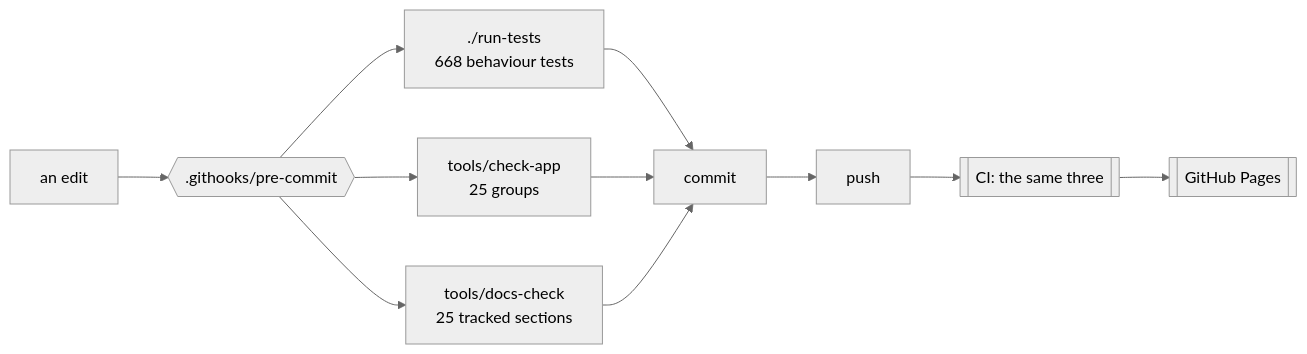
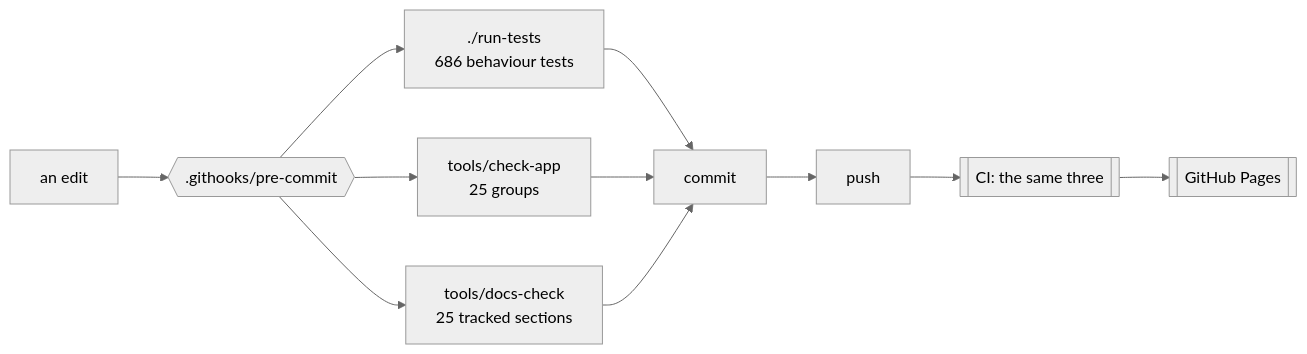
Before and after one commit to minormending/crystal-pilot-mobile: the first of 2 diagrams in docs/DEVELOPING.md, drawn with Mermaid (neutral theme). The commit also changed other lines of this file and 9 other files, not shown here.

````diff
--- a/docs/DEVELOPING.md
+++ b/docs/DEVELOPING.md
@@ -15,12 +15,12 @@
 ```mermaid
 flowchart LR
     E[an edit] --> H{{".githooks/pre-commit"}}
-    H --> T["./run-tests<br/>668 behaviour tests"]
+    H --> T["./run-tests<br/>686 behaviour tests"]
     H --> C["tools/check-app<br/>25 groups"]
     H --> D["tools/docs-check<br/>25 tracked sections"]
     T --> OK[commit]
     C --> OK
     D --> OK
     OK --> P[push] --> CI[["CI: the same three"]]
     CI --> PG[[GitHub Pages]]
 ```
````
